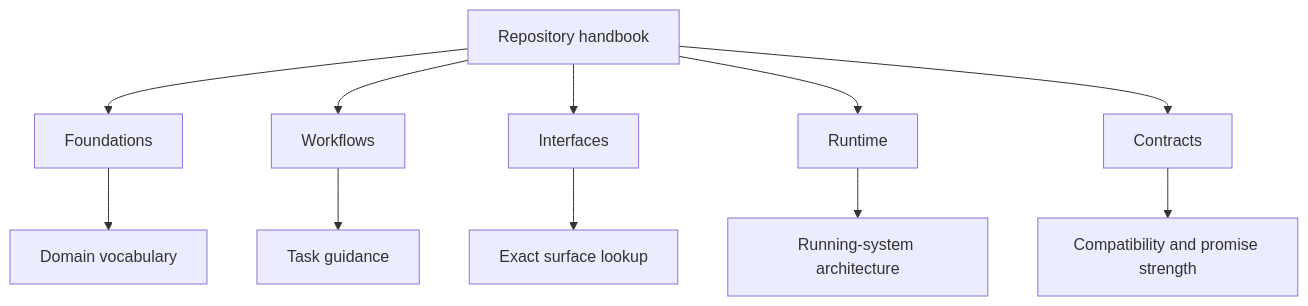
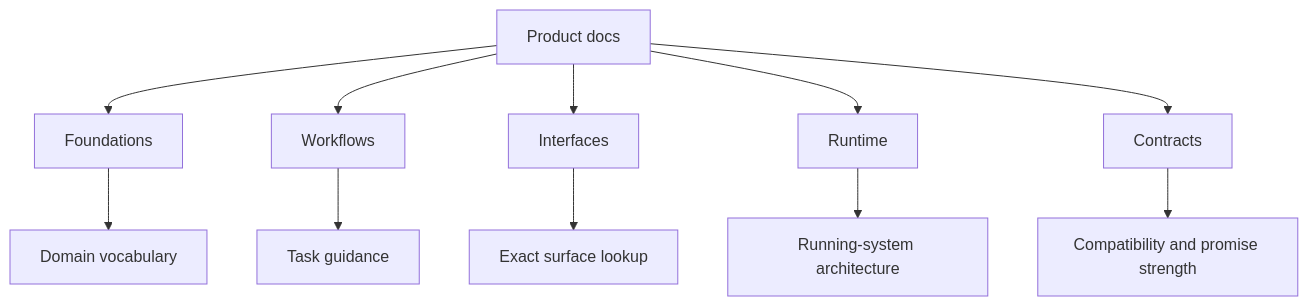
One commit to bijux/bijux-atlas changed the diagram in docs/bijux-atlas/foundations/documentation-map.md. Above: the diagram before and after it, drawn with Mermaid. The commit also changed other lines of this file and 55 other files, not shown here.

Commit message:
docs(handbook): clarify atlas repository documentation surfaces

````diff
--- a/docs/bijux-atlas/foundations/documentation-map.md
+++ b/docs/bijux-atlas/foundations/documentation-map.md
@@ -22,14 +22,14 @@
 ```mermaid
 flowchart TD
-    Handbook[Repository handbook] --> Foundations[Foundations]
-    Handbook --> Workflows[Workflows]
-    Handbook --> Interfaces[Interfaces]
-    Handbook --> Runtime[Runtime]
-    Handbook --> Contracts[Contracts]
+    Docs[Product docs] --> Foundations[Foundations]
+    Docs --> Workflows[Workflows]
+    Docs --> Interfaces[Interfaces]
+    Docs --> Runtime[Runtime]
+    Docs --> Contracts[Contracts]
 
     Foundations --> Domain[Domain vocabulary]
     Workflows --> Tasks[Task guidance]
     Interfaces --> Surface[Exact surface lookup]
     Runtime --> Architecture[Running-system architecture]
     Contracts --> Promise[Compatibility and promise strength]
 ```
````
